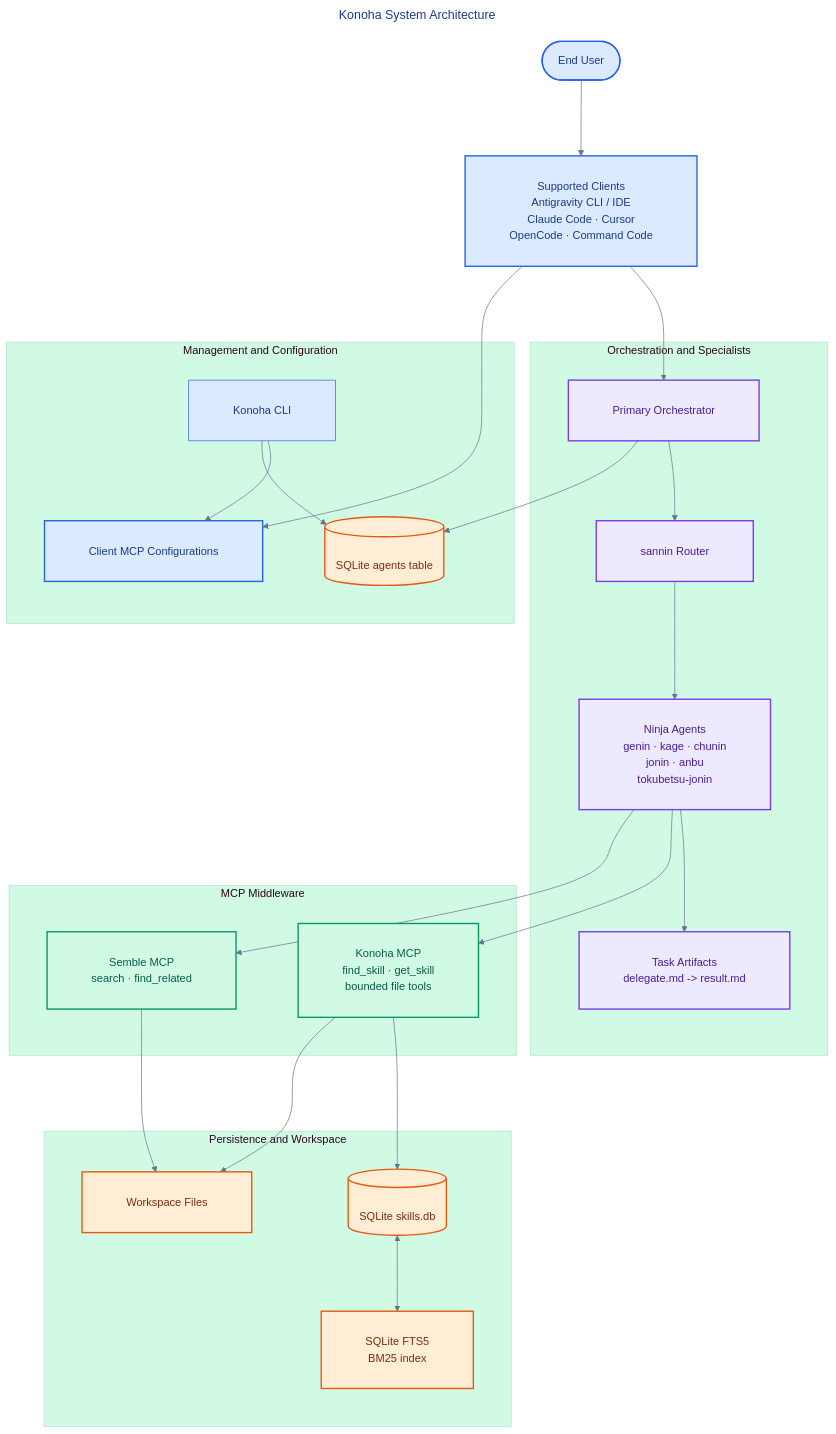
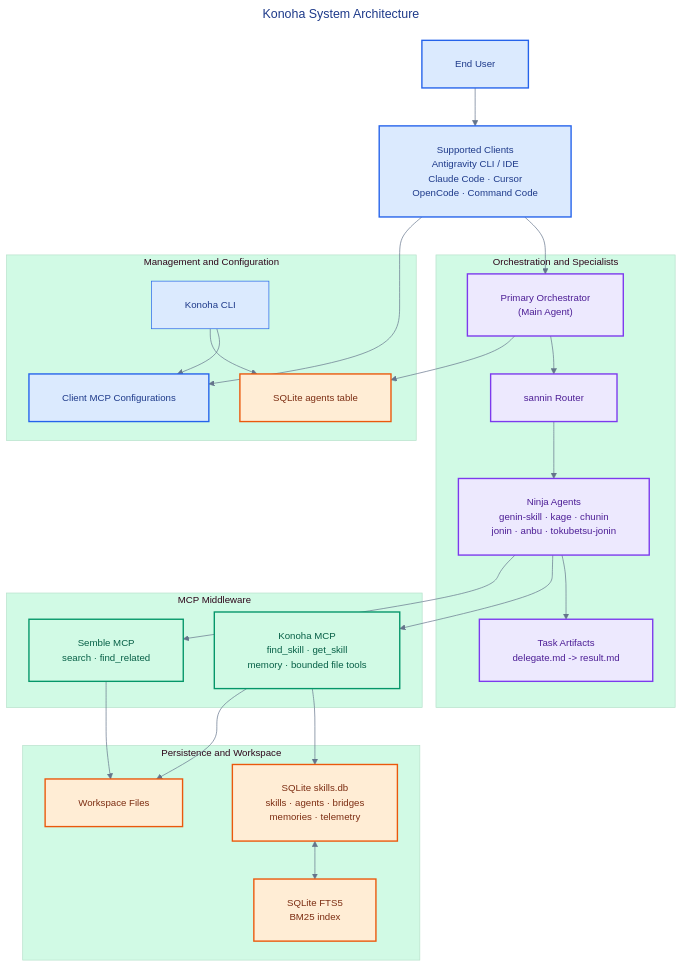
The first of 3 diagrams in docs/ARCHITECTURE.md (andycungkrinx91/konoha), drawn with Mermaid before and after one commit. The commit also changed other lines of this file and 18 other files, not shown here.

````diff
--- a/docs/ARCHITECTURE.md
+++ b/docs/ARCHITECTURE.md
@@ -7,68 +7,69 @@
 ```mermaid
 ---
 title: Konoha System Architecture
 config:
   theme: base
   themeVariables:
     background: '#ffffff'
     primaryColor: '#dbeafe'
     primaryTextColor: '#1e3a8a'
     primaryBorderColor: '#2563eb'
     lineColor: '#64748b'
     secondaryColor: '#ede9fe'
     tertiaryColor: '#d1fae5'
-    fontFamily: 'Inter, ui-sans-serif, system-ui, sans-serif'
+    fontFamily: 'Inter, system-ui, sans-serif'
+    fontSize: '14px'
   flowchart:
-    nodeSpacing: 90
-    rankSpacing: 110
-    padding: 32
-    wrappingWidth: 360
+    nodeSpacing: 45
+    rankSpacing: 55
+    padding: 24
+    wrappingWidth: 380
 ---
 flowchart TB
-    User([End User]) --> Client[Supported Clients<br/>Antigravity CLI / IDE<br/>Claude Code · Cursor<br/>OpenCode · Command Code]
-    Client --> Orchestrator[Primary Orchestrator]
+    User["End User"] --> Client["Supported Clients<br/>Antigravity CLI / IDE<br/>Claude Code · Cursor<br/>OpenCode · Command Code"]
+    Client --> Orchestrator["Primary Orchestrator<br/>(Main Agent)"]
 
-    subgraph Management["Management and Configuration"]
-        CLI[Konoha CLI]
-        Config[Client MCP Configurations]
-        Agents[(SQLite agents table)]
+    subgraph Management ["Management and Configuration"]
+        CLI["Konoha CLI"]
+        Config["Client MCP Configurations"]
+        Agents["SQLite agents table"]
         CLI --> Config
         CLI --> Agents
     end
 
-    subgraph Routing["Orchestration and Specialists"]
-        Sannin[sannin Router]
-        Ninja["Ninja Agents<br/>genin · kage · chunin<br/>jonin · anbu<br/>tokubetsu-jonin"]
+    subgraph Routing ["Orchestration and Specialists"]
+        Sannin["sannin Router"]
+        Ninja["Ninja Agents<br/>genin-skill · kage · chunin<br/>jonin · anbu · tokubetsu-jonin"]
         Artifacts["Task Artifacts<br/>delegate.md -> result.md"]
         Orchestrator --> Sannin --> Ninja --> Artifacts
     end
 
-    subgraph Middleware["MCP Middleware"]
-        Konoha[Konoha MCP<br/>find_skill · get_skill<br/>bounded file tools]
-        Semble[Semble MCP<br/>search · find_related]
+    subgraph Middleware ["MCP Middleware"]
+        Konoha["Konoha MCP<br/>find_skill · get_skill<br/>memory · bounded file tools"]
+        Semble["Semble MCP<br/>search · find_related"]
     end
 
-    subgraph Persistence["Persistence and Workspace"]
-        DB[(SQLite skills.db)]
-        FTS[SQLite FTS5<br/>BM25 index]
-        Codebase[Workspace Files]
+    subgraph Persistence ["Persistence and Workspace"]
+        DB["SQLite skills.db<br/>skills · agents · bridges<br/>memories · telemetry"]
+        FTS["SQLite FTS5<br/>BM25 index"]
+        Codebase["Workspace Files"]
         DB <--> FTS
     end
 
     Client --> Config
     Orchestrator --> Agents
     Ninja --> Konoha
     Ninja --> Semble
     Konoha --> DB
     Konoha --> Codebase
     Semble --> Codebase
 
     classDef client fill:#dbeafe,stroke:#2563eb,color:#1e3a8a,stroke-width:2px
     classDef orchestration fill:#ede9fe,stroke:#7c3aed,color:#4c1d95,stroke-width:2px
     classDef mcp fill:#d1fae5,stroke:#059669,color:#065f46,stroke-width:2px
     classDef persistence fill:#ffedd5,stroke:#ea580c,color:#7c2d12,stroke-width:2px
     class User,Client,Config client
     class Orchestrator,Sannin,Ninja,Artifacts orchestration
     class Konoha,Semble mcp
     class DB,FTS,Codebase,Agents persistence
 ```
````
